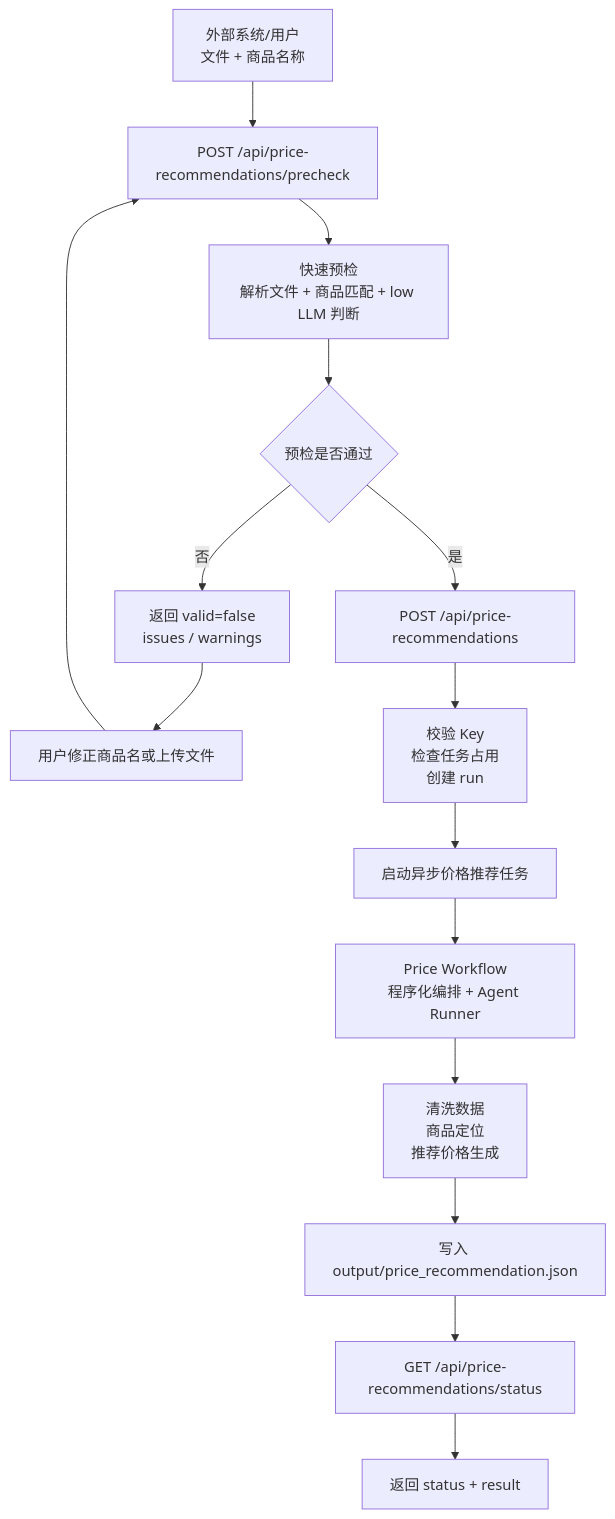
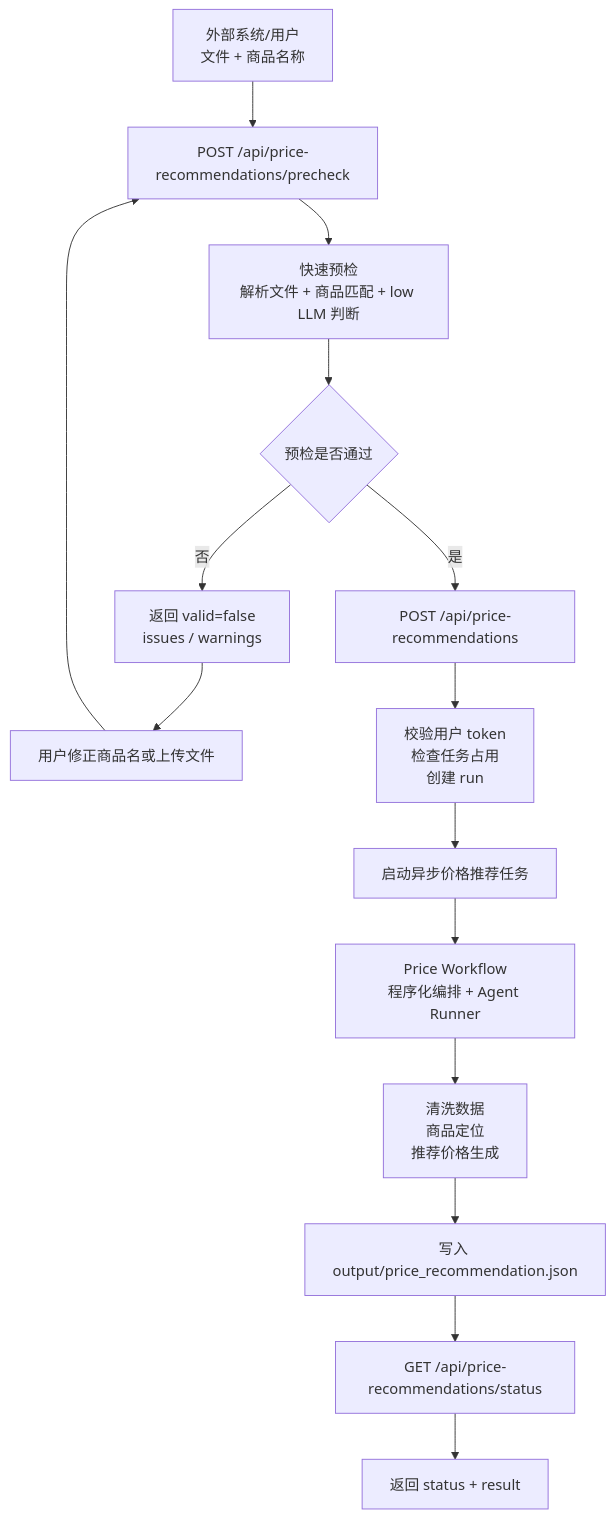
The diagram in docs/最优价格/API接口设计方案.md (FuLuTang/AI-Store-Analysis-System), drawn with Mermaid before and after one commit. The commit also changed other lines of this file and 15 other files, not shown here.

````diff
--- a/docs/最优价格/API接口设计方案.md
+++ b/docs/最优价格/API接口设计方案.md
@@ -17,19 +17,19 @@
 ```mermaid
 graph TD
     A[外部系统/用户<br/>文件 + 商品名称] --> B[POST /api/price-recommendations/precheck]
     B --> C[快速预检<br/>解析文件 + 商品匹配 + low LLM 判断]
     C --> D{预检是否通过}
 
     D -->|否| E[返回 valid=false<br/>issues / warnings]
     E --> F[用户修正商品名或上传文件]
     F --> B
 
     D -->|是| G[POST /api/price-recommendations]
-    G --> H[校验 Key<br/>检查任务占用<br/>创建 run]
+    G --> H[校验用户 token<br/>检查任务占用<br/>创建 run]
     H --> I[启动异步价格推荐任务]
     I --> J[Price Workflow<br/>程序化编排 + Agent Runner]
     J --> K[清洗数据<br/>商品定位<br/>推荐价格生成]
     K --> L[写入 output/price_recommendation.json]
     L --> M[GET /api/price-recommendations/status]
     M --> N[返回 status + result]
 ```
````
